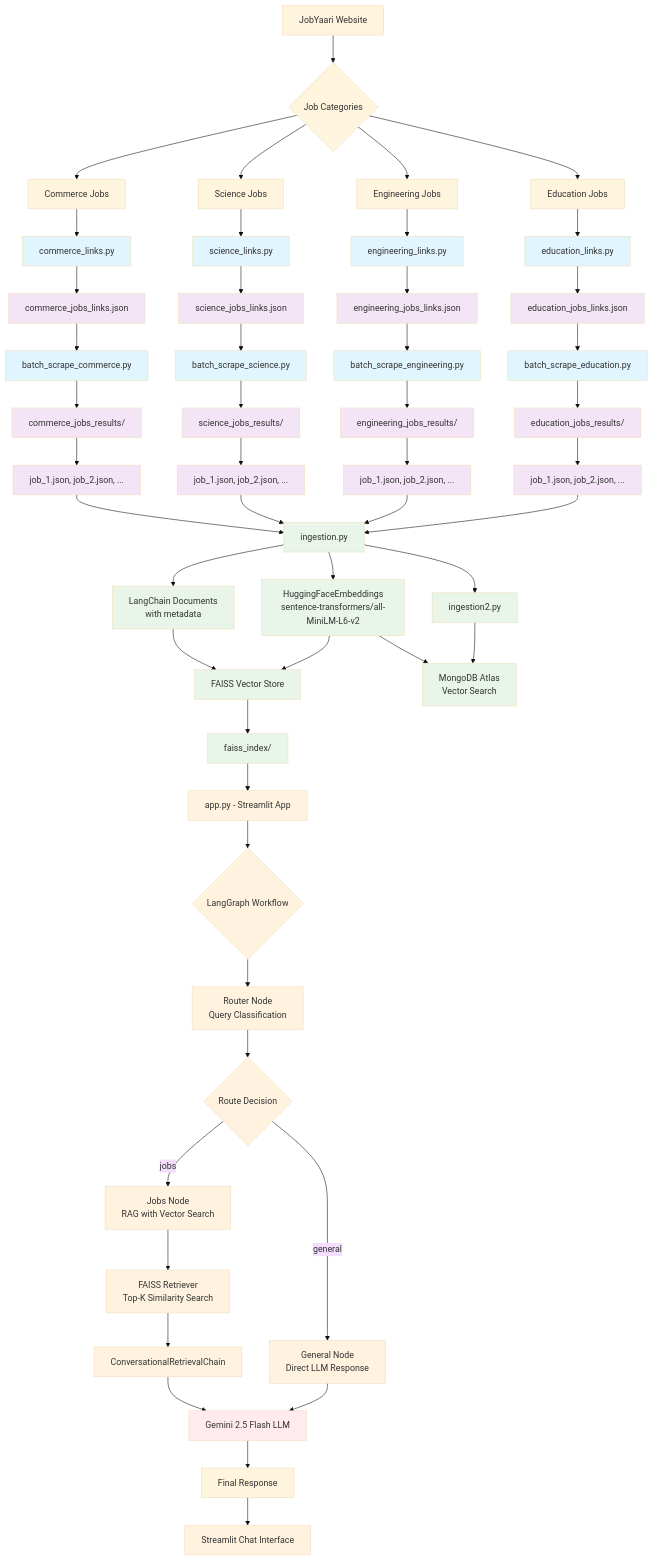
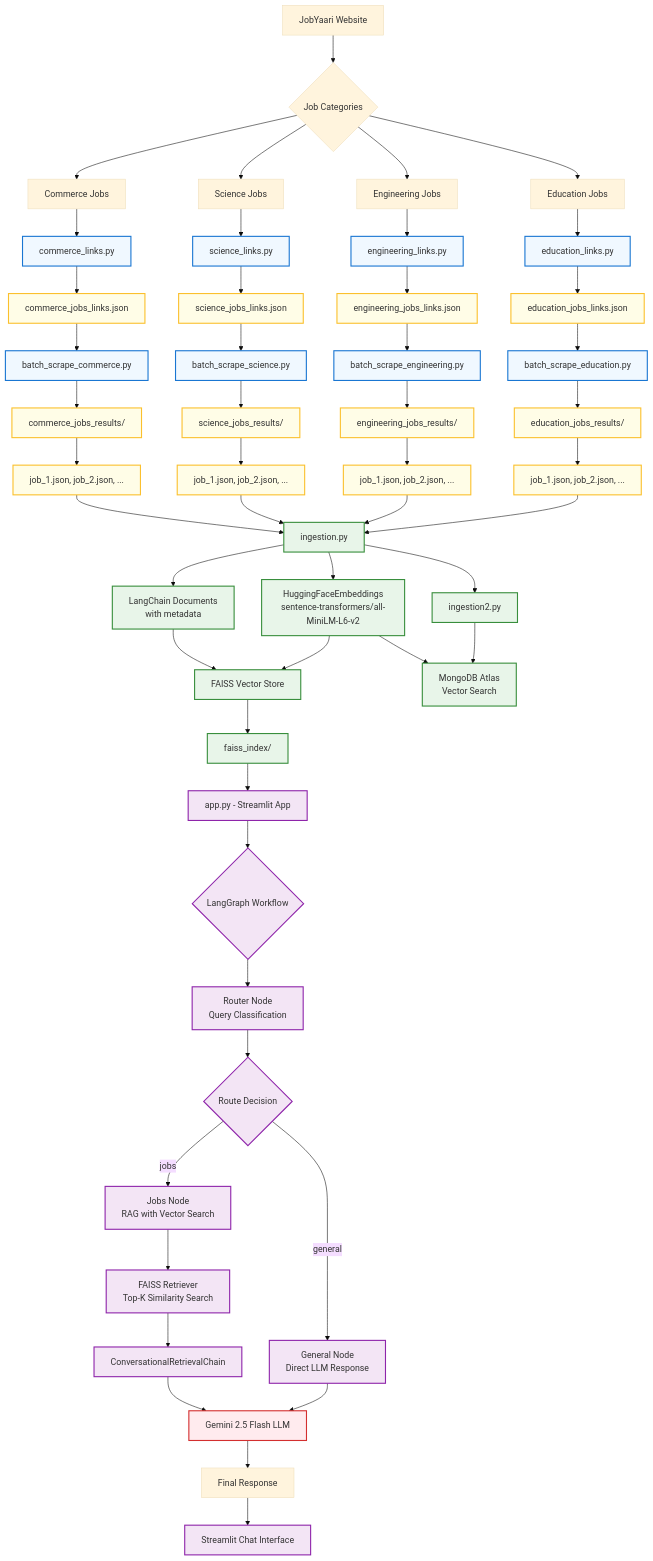
Before and after one commit to AneeshAhuja31/jobyaari-assignment-2: the diagram in diagram.md, drawn with Mermaid (base theme).

Commit message:
imp readibility

```diff
--- a/diagram.md
+++ b/diagram.md
@@ -76,11 +76,11 @@
     QQ --> RR[Streamlit Chat Interface]
 
     %% Styling
-    classDef scraping fill:#e1f5fe
-    classDef data fill:#f3e5f5
-    classDef embedding fill:#e8f5e8
-    classDef chatbot fill:#fff3e0
-    classDef llm fill:#ffebee
+    classDef scraping fill:#f0f8ff,stroke:#1976d2,stroke-width:2px;
+    classDef data fill:#fffde7,stroke:#fbc02d,stroke-width:2px;
+    classDef embedding fill:#e8f5e9,stroke:#388e3c,stroke-width:2px;
+    classDef chatbot fill:#f3e5f5,stroke:#8e24aa,stroke-width:2px;
+    classDef llm fill:#ffebee,stroke:#d32f2f,stroke-width:2px;
 
     class G,H,I,J,O,P,Q,R scraping
     class K,L,M,N,S,T,U,V,W,X,Y,Z data
```
